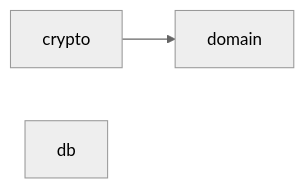
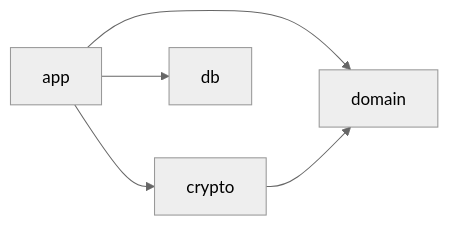
One commit to thehummingbirdsrudios-lgtm/Finly changed the diagram in docs/architecture/module-map.md. Above: the diagram before and after it, drawn with Mermaid (neutral theme). The commit also changed other lines of this file and 18 other files, not shown here.

````diff
--- a/docs/architecture/module-map.md
+++ b/docs/architecture/module-map.md
@@ -17,7 +17,11 @@
 ```mermaid
 flowchart LR
   domain[domain]
   crypto[crypto]
   db[db]
+  app[app]
+  app --> crypto
+  app --> db
+  app --> domain
   crypto --> domain
 ```
````
